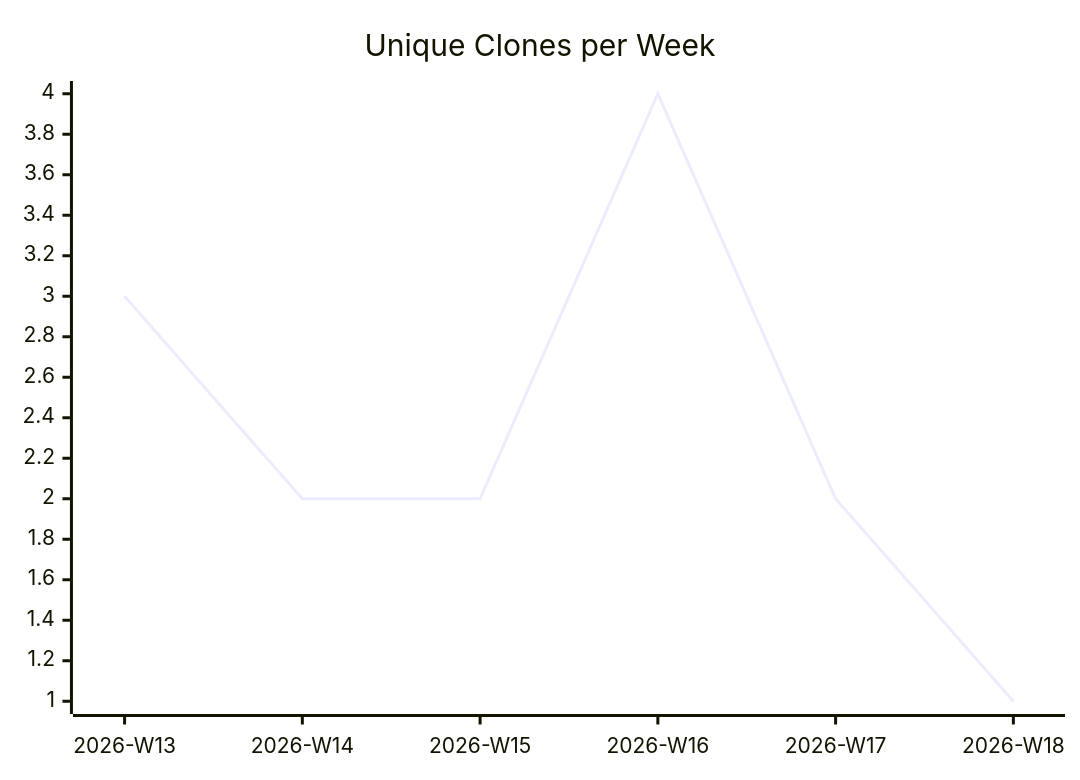
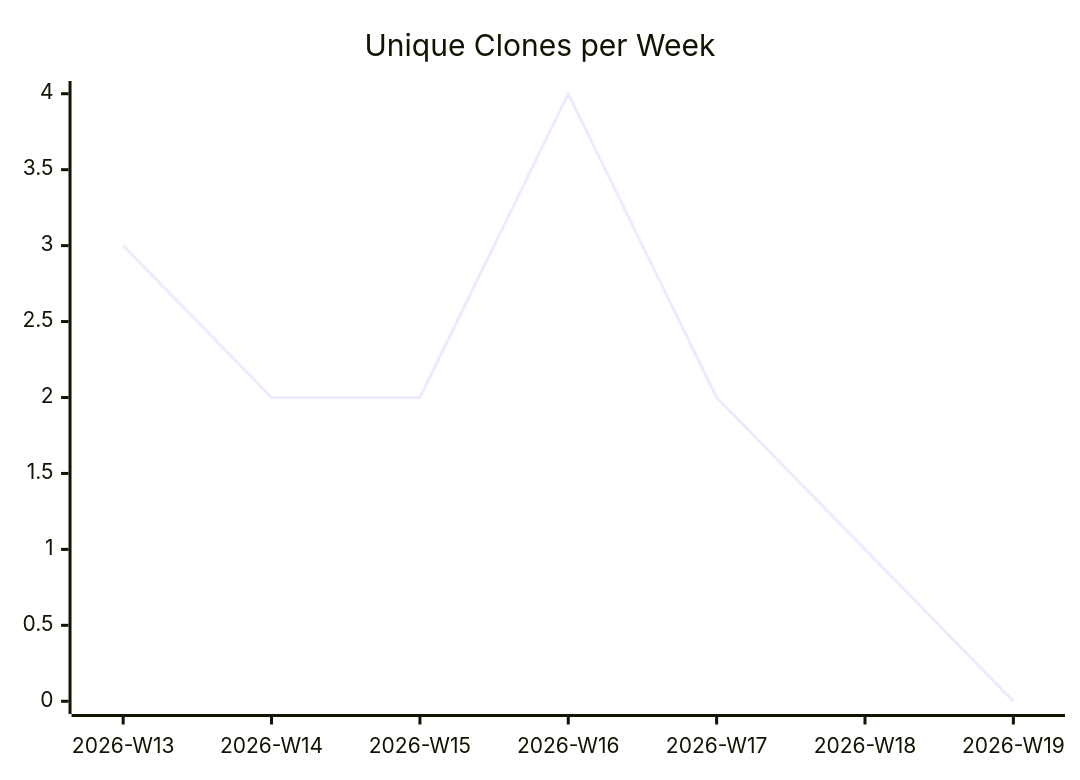
The third of 3 diagrams in karlmdavis/ansible-role-rcm-dotfiles/README.md (justdavis-family/github-analytics-data), drawn with Mermaid before and after one commit. The commit also changed other lines of this file and 187 other files, not shown here.

````diff
--- a/karlmdavis/ansible-role-rcm-dotfiles/README.md
+++ b/karlmdavis/ansible-role-rcm-dotfiles/README.md
@@ -19,6 +19,6 @@
 ```mermaid
 xychart-beta
   title "Unique Clones per Week"
-  x-axis ["2026-W13", "2026-W14", "2026-W15", "2026-W16", "2026-W17", "2026-W18"]
-  line [3, 2, 2, 4, 2, 1]
+  x-axis ["2026-W13", "2026-W14", "2026-W15", "2026-W16", "2026-W17", "2026-W18", "2026-W19"]
+  line [3, 2, 2, 4, 2, 1, 0]
 ```
````
